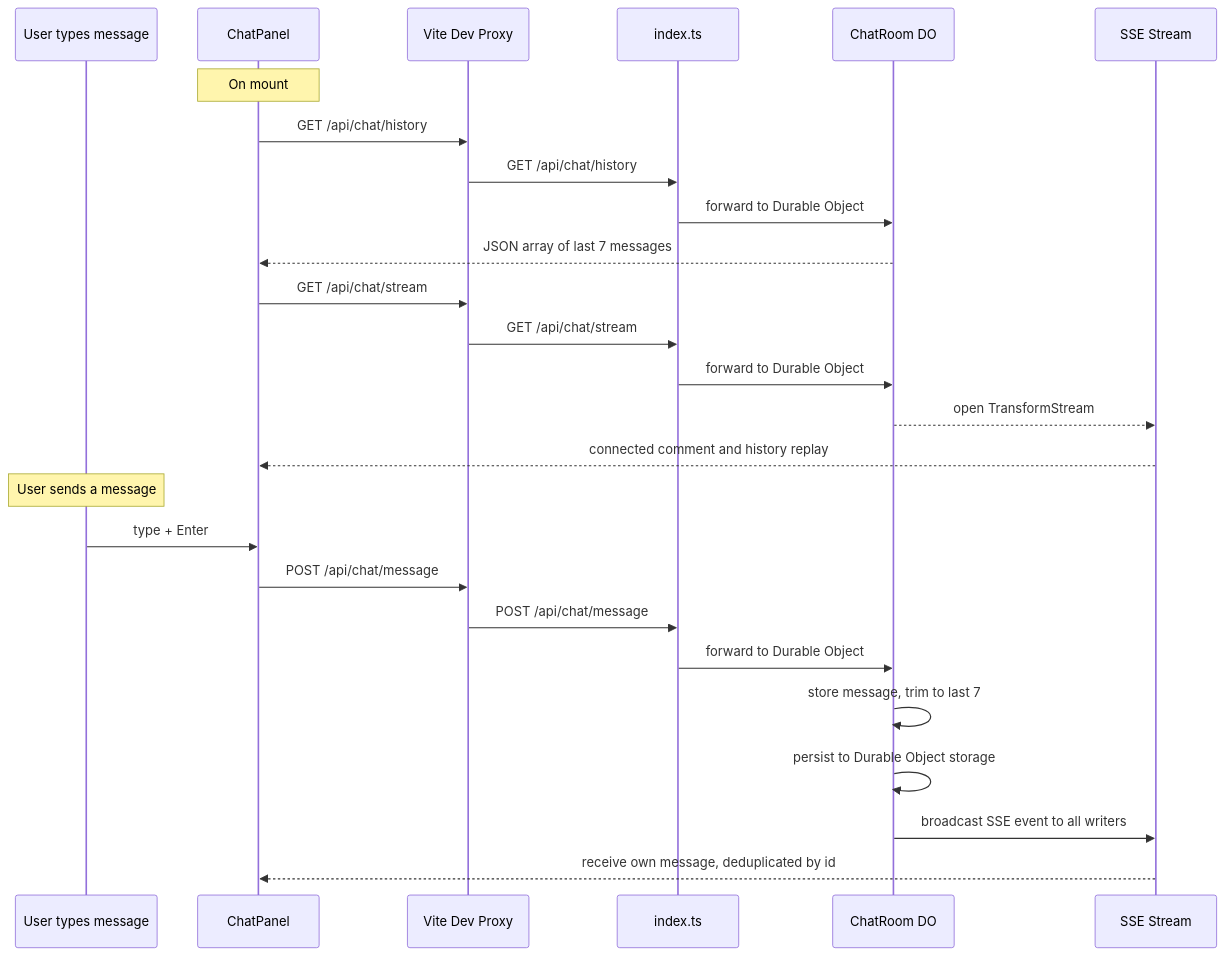
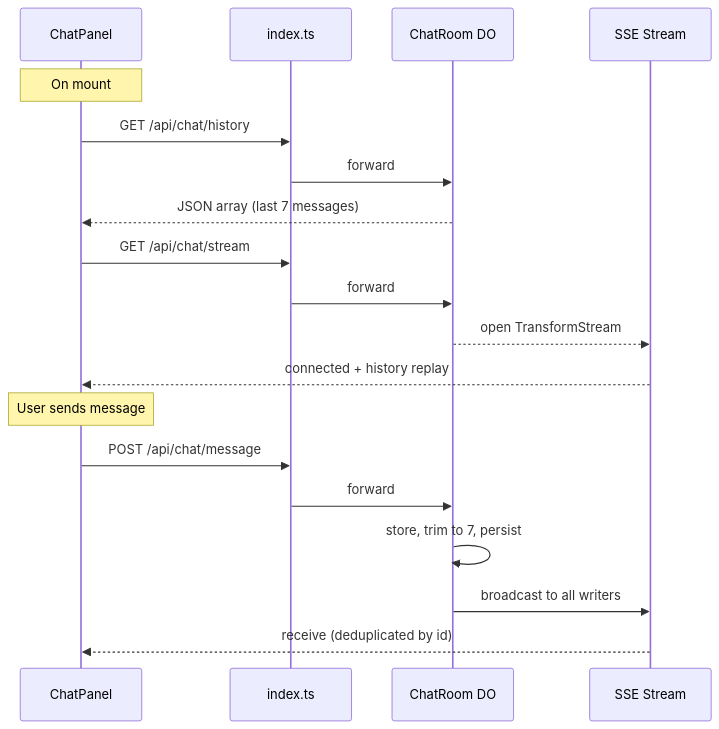
Before and after one commit to Anashel-RPG/ev2090: the seventh of 8 diagrams in docs/architecture.md, drawn with Mermaid. The commit also changed other lines of this file and 264 other files, not shown here.

````diff
--- a/docs/architecture.md
+++ b/docs/architecture.md
@@ -205,31 +313,24 @@
 ```mermaid
 sequenceDiagram
-    participant User as User types message
     participant Chat as ChatPanel
-    participant Vite as Vite Dev Proxy
     participant Worker as index.ts
     participant DO as ChatRoom DO
     participant SSE as SSE Stream
 
     Note over Chat: On mount
-    Chat->>Vite: GET /api/chat/history
-    Vite->>Worker: GET /api/chat/history
-    Worker->>DO: forward to Durable Object
-    DO-->>Chat: JSON array of last 7 messages
+    Chat->>Worker: GET /api/chat/history
+    Worker->>DO: forward
+    DO-->>Chat: JSON array (last 7 messages)
 
-    Chat->>Vite: GET /api/chat/stream
-    Vite->>Worker: GET /api/chat/stream
-    Worker->>DO: forward to Durable Object
+    Chat->>Worker: GET /api/chat/stream
+    Worker->>DO: forward
     DO-->>SSE: open TransformStream
-    SSE-->>Chat: connected comment and history replay
+    SSE-->>Chat: connected + history replay
 
-    Note over User: User sends a message
-    User->>Chat: type + Enter
-    Chat->>Vite: POST /api/chat/message
-    Vite->>Worker: POST /api/chat/message
-    Worker->>DO: forward to Durable Object
-    DO->>DO: store message, trim to last 7
-    DO->>DO: persist to Durable Object storage
-    DO->>SSE: broadcast SSE event to all writers
-    SSE-->>Chat: receive own message, deduplicated by id
+    Note over Chat: User sends message
+    Chat->>Worker: POST /api/chat/message
+    Worker->>DO: forward
+    DO->>DO: store, trim to 7, persist
+    DO->>SSE: broadcast to all writers
+    SSE-->>Chat: receive (deduplicated by id)
 ```
````
